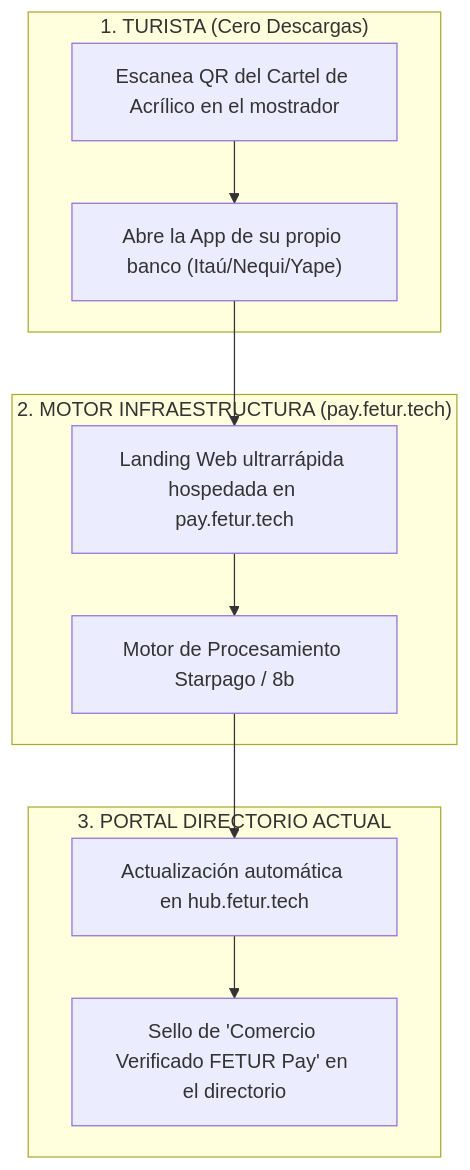
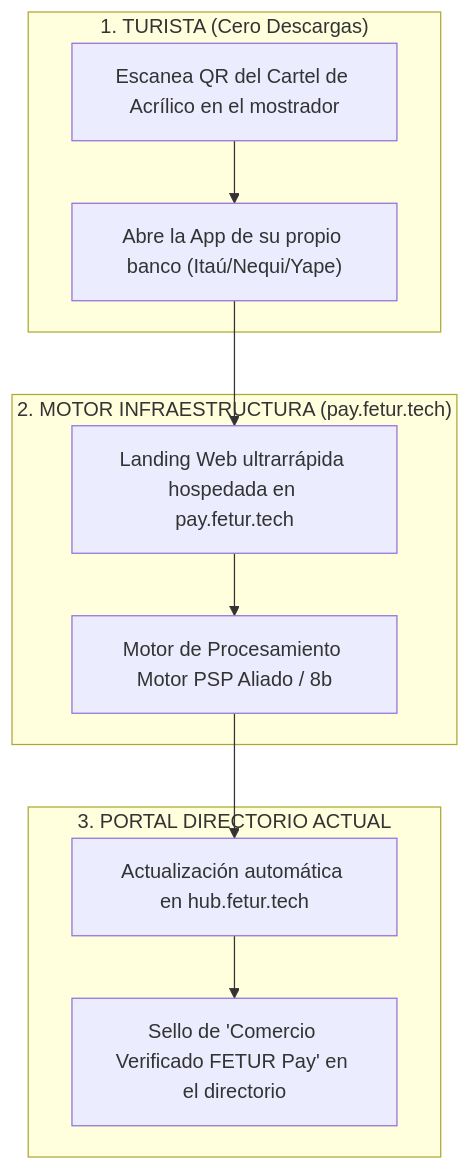
Before and after one commit to agutierrez11/riviera-maya-payments: the diagram in ESTRATEGIA_INTEGRACION_WEB_FETUR_LOVABLE.md, drawn with Mermaid. The commit also changed other lines of this file and 11 other files, not shown here.

````diff
--- a/ESTRATEGIA_INTEGRACION_WEB_FETUR_LOVABLE.md
+++ b/ESTRATEGIA_INTEGRACION_WEB_FETUR_LOVABLE.md
@@ -22,16 +22,16 @@
 ```mermaid
 flowchart TD
     subgraph TURISTA ["1. TURISTA (Cero Descargas)"]
         A["Escanea QR del Cartel de Acrílico en el mostrador"] --> B["Abre la App de su propio banco (Itaú/Nequi/Yape)"]
     end
 
     subgraph MOTOR ["2. MOTOR INFRAESTRUCTURA (pay.fetur.tech)"]
         B --> C["Landing Web ultrarrápida hospedada en pay.fetur.tech"]
-        C --> D["Motor de Procesamiento Starpago / 8b"]
+        C --> D["Motor de Procesamiento Motor PSP Aliado / 8b"]
     end
 
     subgraph PORTAL ["3. PORTAL DIRECTORIO ACTUAL"]
         D --> E["Actualización automática en hub.fetur.tech"]
         E --> F["Sello de 'Comercio Verificado FETUR Pay' en el directorio"]
     end
 ```
````
